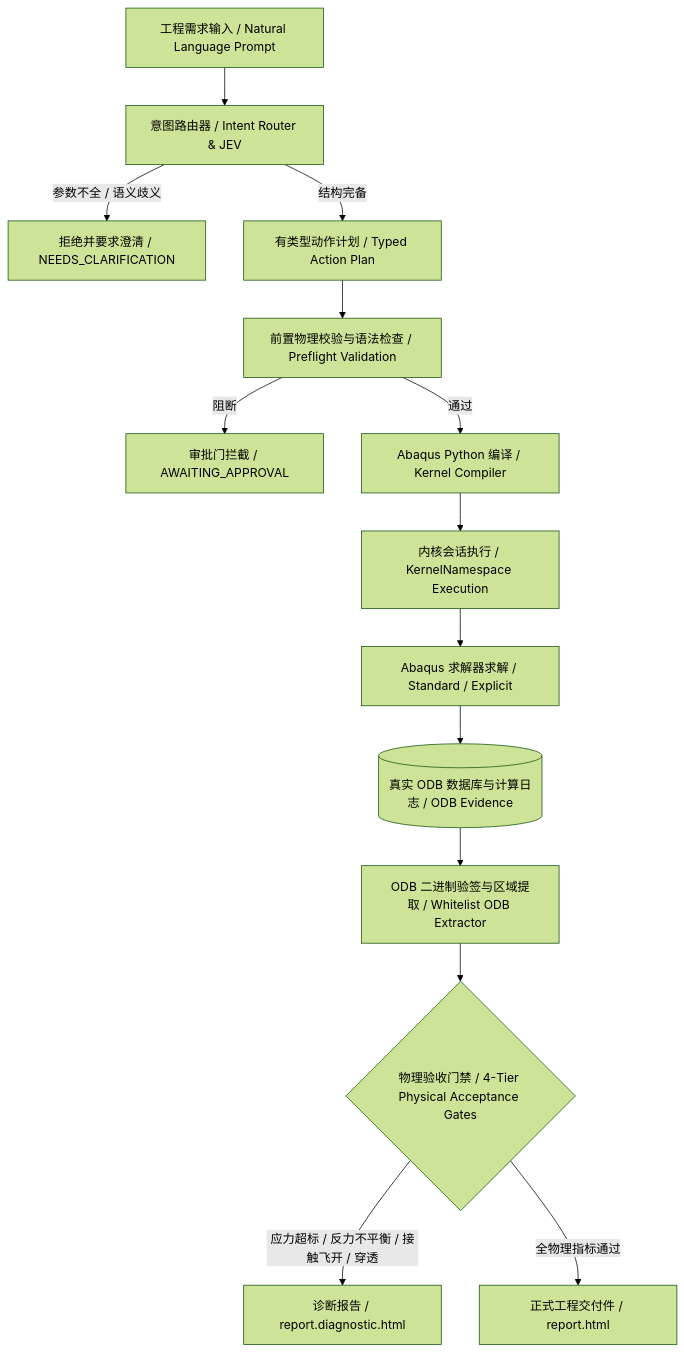
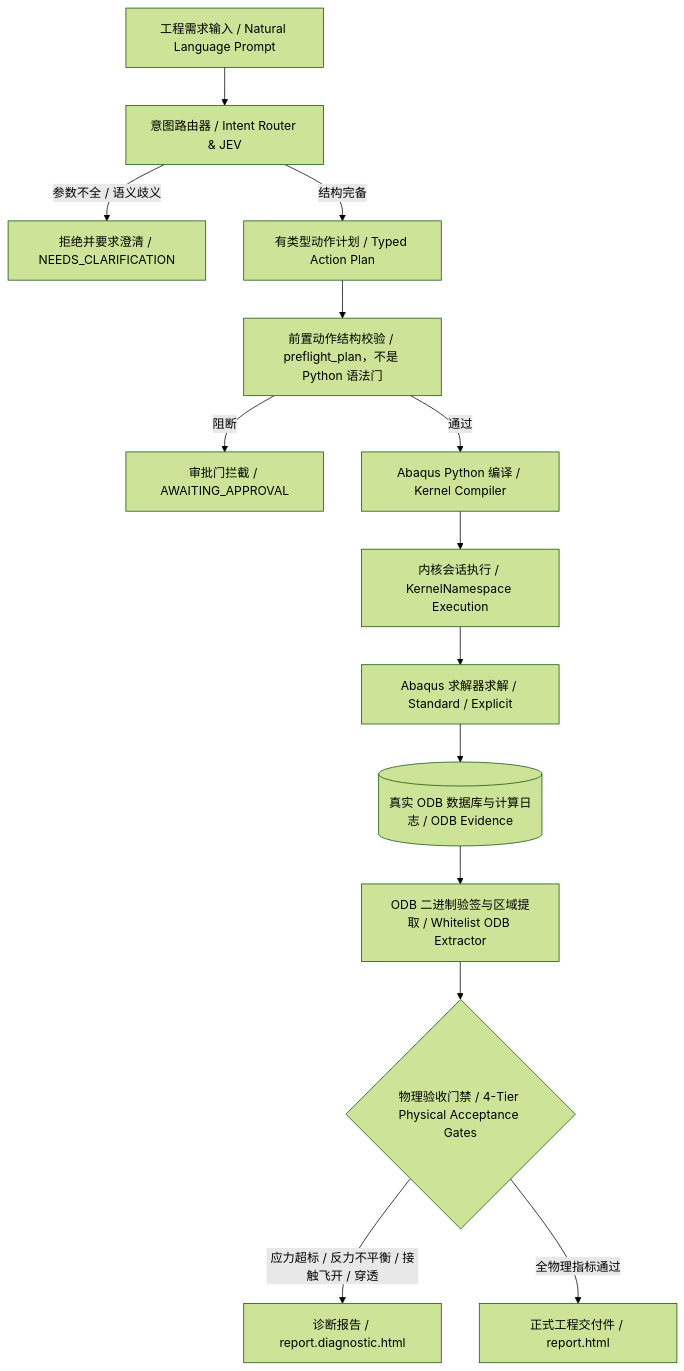
One commit to chenlei-gh/Abaqus-AI-Agent changed the diagram in docs/PROJECT_REQUIREMENTS_AND_PLAN.md. Above: the diagram before and after it, drawn with Mermaid (forest theme). The commit also changed other lines of this file and 7 other files, not shown here.

````diff
--- a/docs/PROJECT_REQUIREMENTS_AND_PLAN.md
+++ b/docs/PROJECT_REQUIREMENTS_AND_PLAN.md
@@ -15,16 +15,16 @@
 ```mermaid
 flowchart TD
     NL[工程需求输入 / Natural Language Prompt] --> Router[意图路由器 / Intent Router & JEV]
     Router -->|参数不全 / 语义歧义| Clarify[拒绝并要求澄清 / NEEDS_CLARIFICATION]
     Router -->|结构完备| Plan[有类型动作计划 / Typed Action Plan]
-    Plan --> Preflight[前置物理校验与语法检查 / Preflight Validation]
+    Plan --> Preflight[前置动作结构校验 / preflight_plan，不是 Python 语法门]
     Preflight -->|阻断| Blocked[审批门拦截 / AWAITING_APPROVAL]
     Preflight -->|通过| Compiler[Abaqus Python 编译 / Kernel Compiler]
     Compiler --> Batch[内核会话执行 / KernelNamespace Execution]
     Batch --> Solver[Abaqus 求解器求解 / Standard / Explicit]
     Solver --> ODB[(真实 ODB 数据库与计算日志 / ODB Evidence)]
     ODB --> Verify[ODB 二进制验签与区域提取 / Whitelist ODB Extractor]
     Verify --> Gates{物理验收门禁 / 4-Tier Physical Acceptance Gates}
     Gates -->|应力超标 / 反力不平衡 / 接触飞开 / 穿透| FailReport[诊断报告 / report.diagnostic.html]
     Gates -->|全物理指标通过| FormalReport[正式工程交付件 / report.html]
 ```
````
